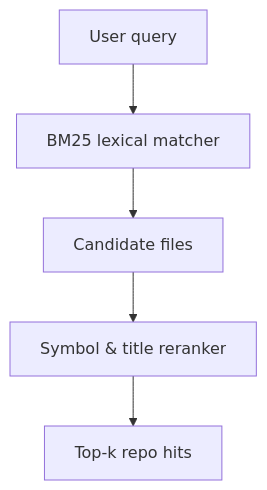
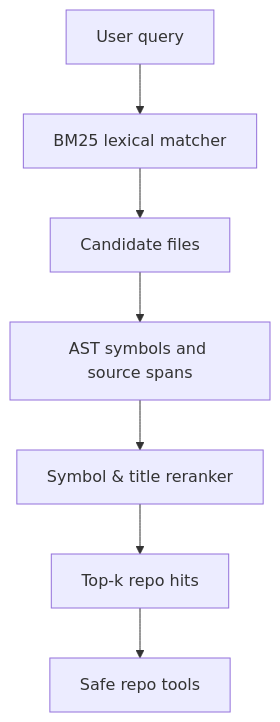
The diagram in flagship-projects/02-codebase-copilot/README.md (coder-raj369/AI_Portfolio), drawn with Mermaid before and after one commit. The commit also changed other lines of this file and 6 other files, not shown here.

First line of the commit message:
feat(copilot): add safe repository tools

````diff
--- a/flagship-projects/02-codebase-copilot/README.md
+++ b/flagship-projects/02-codebase-copilot/README.md
@@ -18,7 +20,9 @@
 ```mermaid
 flowchart TD
     Q[User query] --> R[BM25 lexical matcher]
     R --> C[Candidate files]
-    C --> K[Symbol & title reranker]
+    C --> A[AST symbols and source spans]
+    A --> K[Symbol & title reranker]
     K --> O[Top-k repo hits]
+    O --> T[Safe repo tools]
 ```
````
